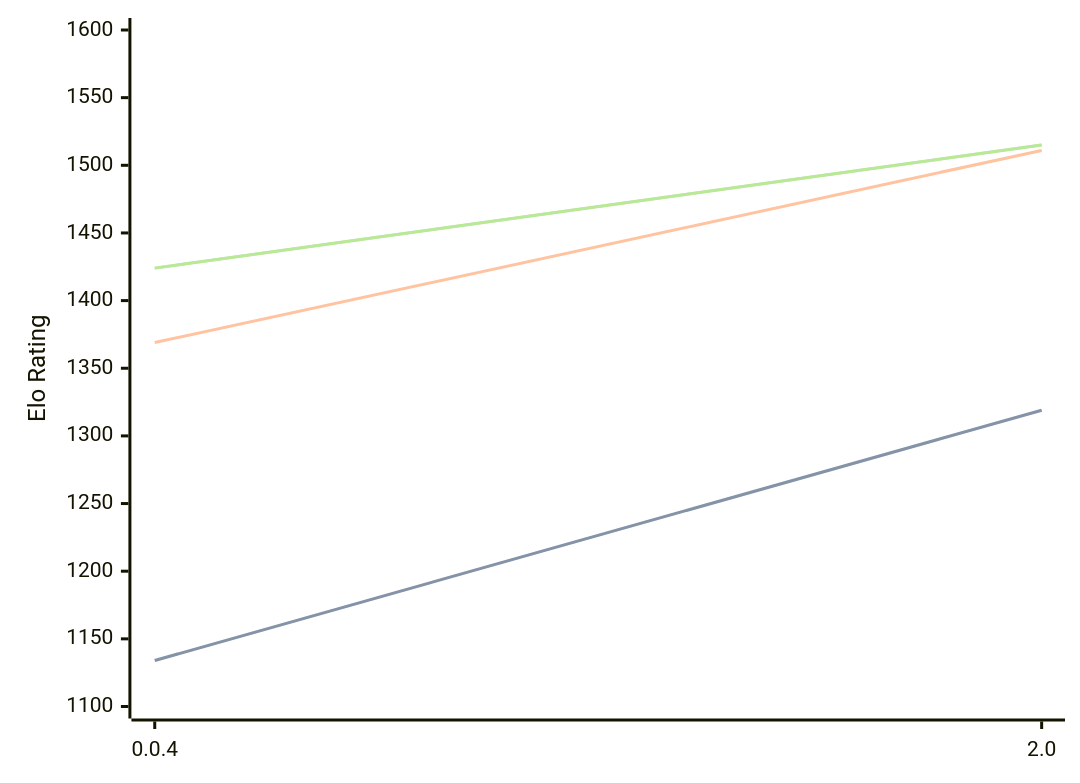
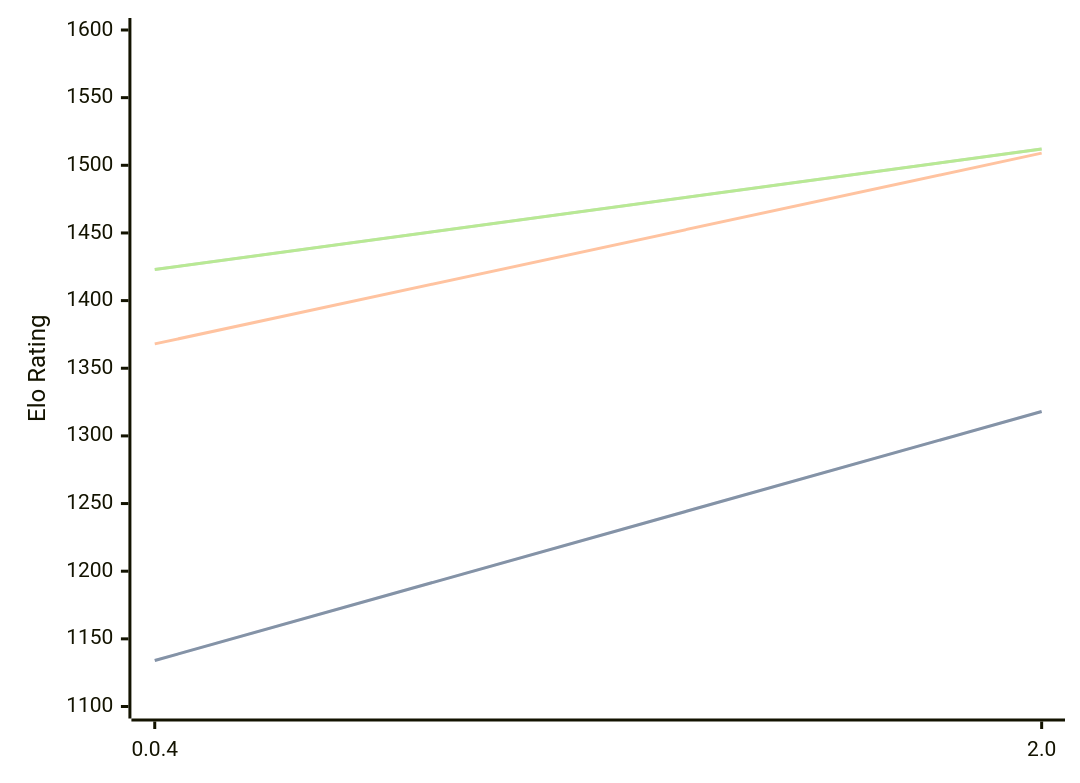
Before and after one commit to computer-chess-index/cci: the diagram in engines/Oops!Mate.md, drawn with Mermaid. The commit also changed other lines of this file, not shown here.

Commit message:
Update CCI Ratings (ELO VLTC) - 2026-03-05

````diff
--- a/engines/Oops!Mate.md
+++ b/engines/Oops!Mate.md
@@ -49,11 +49,11 @@
 ```mermaid
 %%{init: {"theme":"base","themeVariables":{"seriesColors:['#a3a3a3','#222221','#faa371']}}}%%
 xychart-beta
   x-axis ["0.0.4", "2.0"]
   y-axis "Elo Rating" 1100 --> 1600
-  line "STC (8.0+0.08s)" [1134, 1319]
-  line "STC (8.0+0.08s)" [1134, 1319]
-  line "LTC (60.0+0.60s)" [1369, 1511]
-  line "VLTC (2m24s+1.12s)" [1424, 1515]
-  line "VLTC (2m24s+1.12s)" [1424, 1515]
+  line "STC (8.0+0.08s)" [1134, 1318]
+  line "STC (8.0+0.08s)" [1134, 1318]
+  line "LTC (60.0+0.60s)" [1368, 1509]
+  line "VLTC (2m24s+1.12s)" [1423, 1512]
+  line "VLTC (2m24s+1.12s)" [1423, 1512]
 ```
````
